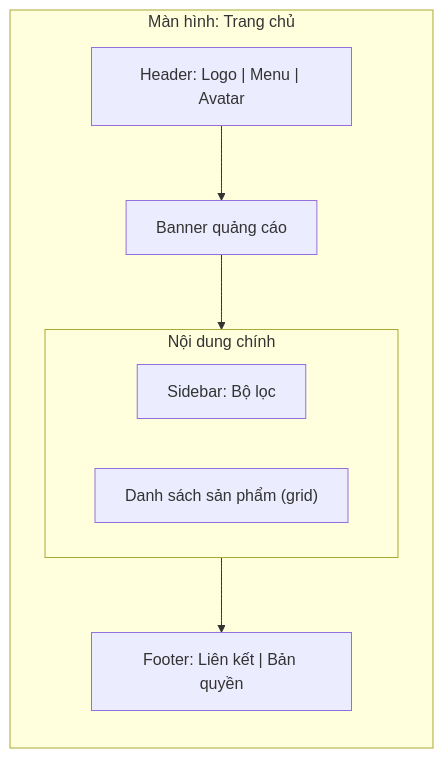
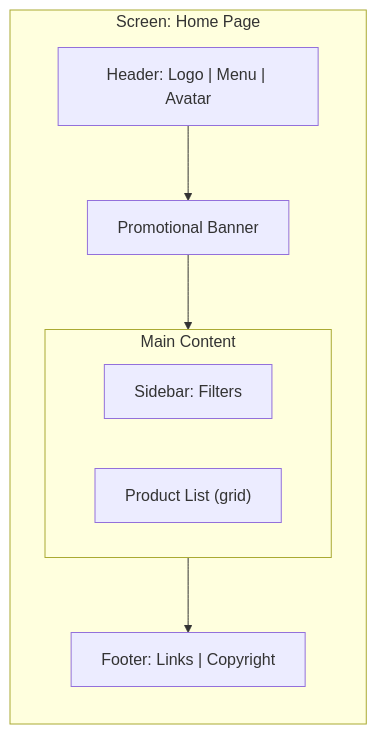
Before and after one commit to HuynhTri-dev/agent_vibe_retrival: the fifth of 5 diagrams in .agent/skills/bda/resources/phase_2_mermaid_diagram_snippets.md, drawn with Mermaid. The commit also changed other lines of this file and 9 other files, not shown here.

````diff
--- a/.agent/skills/bda/resources/phase_2_mermaid_diagram_snippets.md
+++ b/.agent/skills/bda/resources/phase_2_mermaid_diagram_snippets.md
@@ -87,15 +87,15 @@
 ```mermaid
 flowchart TD
-    subgraph Screen["Màn hình: Trang chủ"]
+    subgraph Screen["Screen: Home Page"]
         direction TB
         Header["Header: Logo | Menu | Avatar"]
-        Banner["Banner quảng cáo"]
-        subgraph Content["Nội dung chính"]
+        Banner["Promotional Banner"]
+        subgraph Content["Main Content"]
             direction LR
-            Sidebar["Sidebar: Bộ lọc"]
-            ProductList["Danh sách sản phẩm (grid)"]
+            Sidebar["Sidebar: Filters"]
+            ProductList["Product List (grid)"]
         end
-        Footer["Footer: Liên kết | Bản quyền"]
+        Footer["Footer: Links | Copyright"]
     end
     Header --> Banner --> Content --> Footer
 ```
````
